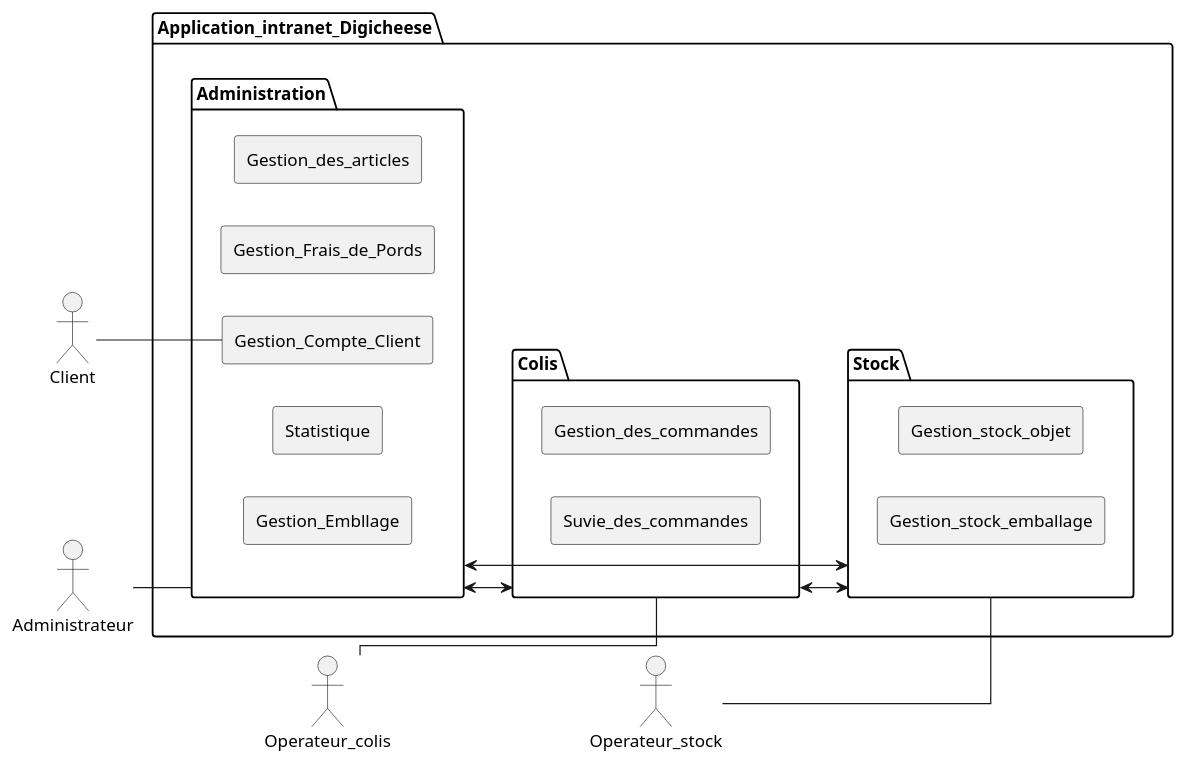
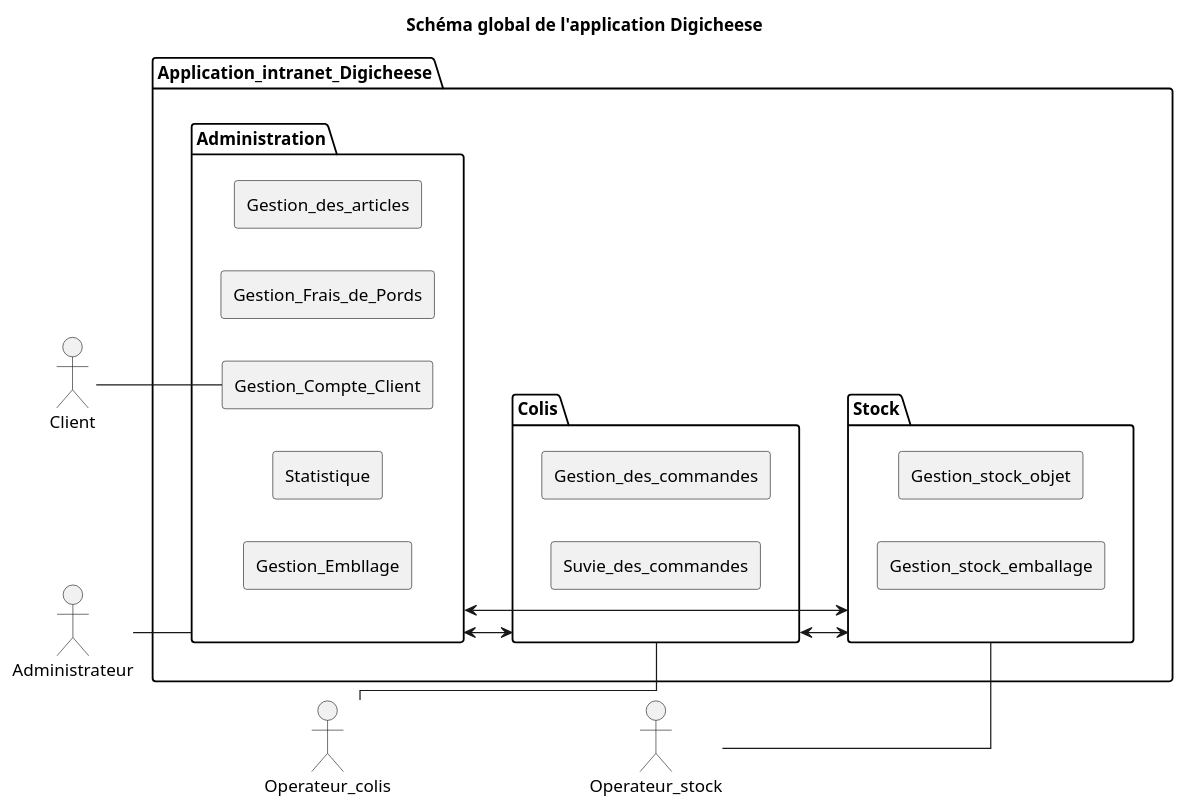
One commit to Bluwen/Conception_d_une_application_informatique changed the diagram in Schema_global.puml. Above: the diagram before and after it, drawn with PlantUML.

Commit message:
Ajout d'un titre sur le schéma global

```diff
--- a/Schema_global.puml
+++ b/Schema_global.puml
@@ -1,60 +1,62 @@
 @startuml brouillon global
 left to right direction
 skinparam linetype ortho
 
 actor Client
 actor Operateur_colis
 actor Operateur_stock 
 actor Administrateur 
 
 package Application_intranet_Digicheese {
 
     package Colis {
         rectangle Gestion_des_commandes {
             
         }
         rectangle Suvie_des_commandes {
 
         }
     }
 
     package Stock {
         rectangle Gestion_stock_objet {
 
         }
         rectangle Gestion_stock_emballage {
 
         }
     }
 
     package Administration {
         rectangle Gestion_des_articles {
 
         }
         rectangle Gestion_Frais_de_Pords {
 
         }
         rectangle Gestion_Compte_Client {
 
         }
         rectangle Statistique {
 
         }
         rectangle Gestion_Embllage {
 
         }
     }
 
     
 }
 
 Client -- Gestion_Compte_Client
 Administrateur -- Administration
 Operateur_colis -- Colis
 Operateur_stock -- Stock
 
 Colis <--> Stock
 Administration <--> Stock
 Administration <--> Colis
 
+title Schéma global de l'application Digicheese
+
 @enduml
```
